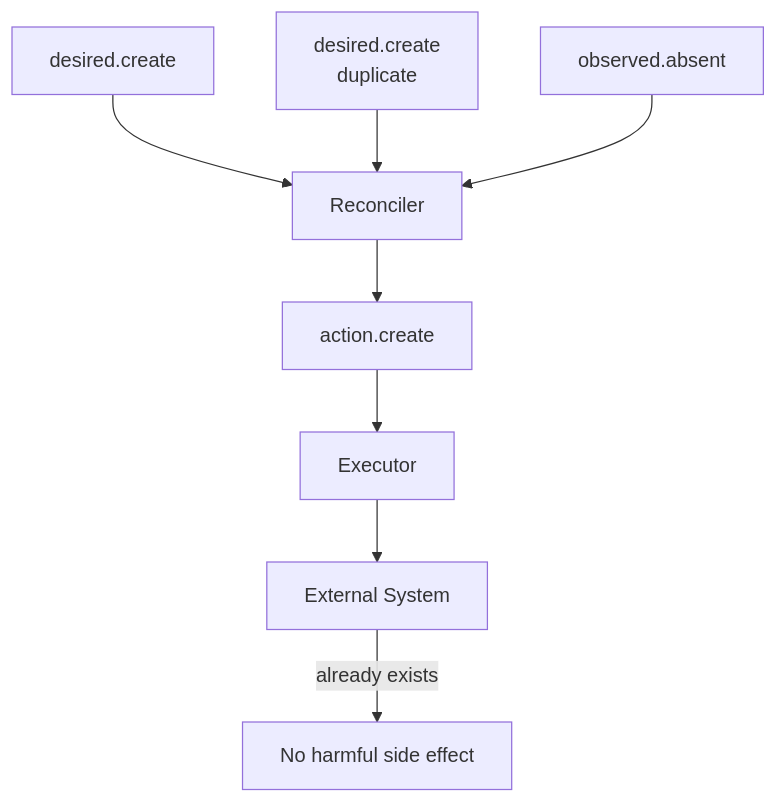
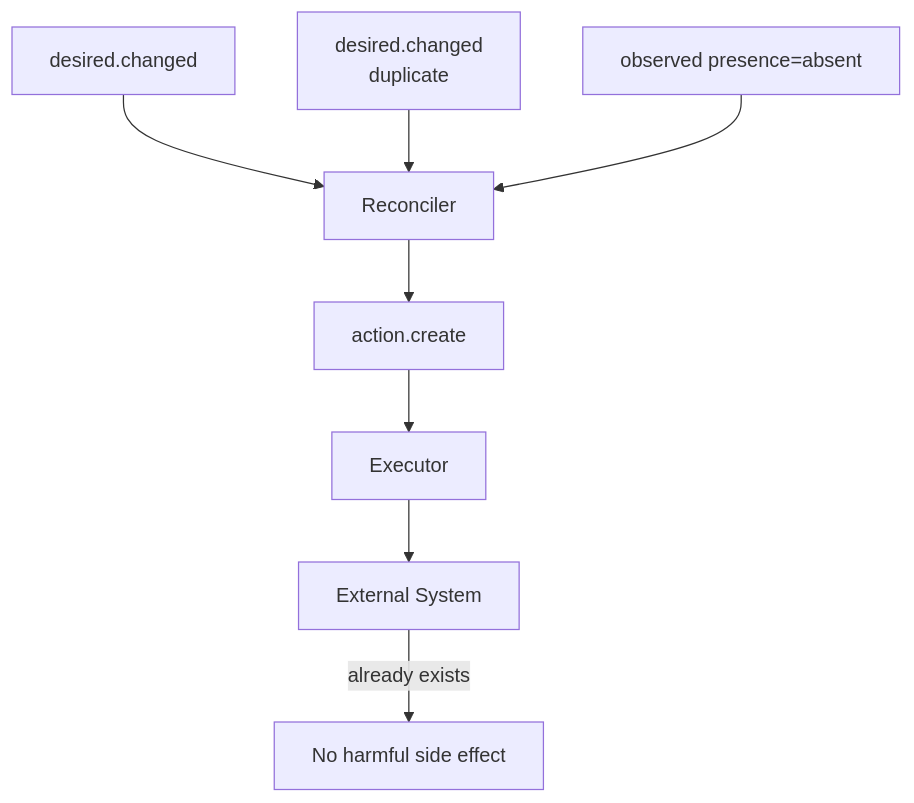
Before and after one commit to danielsabatini/smarkee: diagram 28 of 44 in docs/RESOURCE-CONTROL-LOOP.md, drawn with Mermaid. The commit also changed other lines of this file and 1 other file, not shown here.

````diff
--- a/docs/RESOURCE-CONTROL-LOOP.md
+++ b/docs/RESOURCE-CONTROL-LOOP.md
@@ -1236,19 +1236,19 @@
 ```mermaid
 flowchart TB
 
-    D1["desired.create"]
-    D2["desired.create<br/>duplicate"]
-    O["observed.absent"]
+    D1["desired.changed"]
+    D2["desired.changed<br/>duplicate"]
+    O["observed presence=absent"]
 
     D1 --> R["Reconciler"]
     D2 --> R
     O --> R
 
     R --> A["action.create"]
 
     A --> E["Executor"]
 
     E --> X["External System"]
 
     X -->|already exists| Success["No harmful side effect"]
 ```
````
